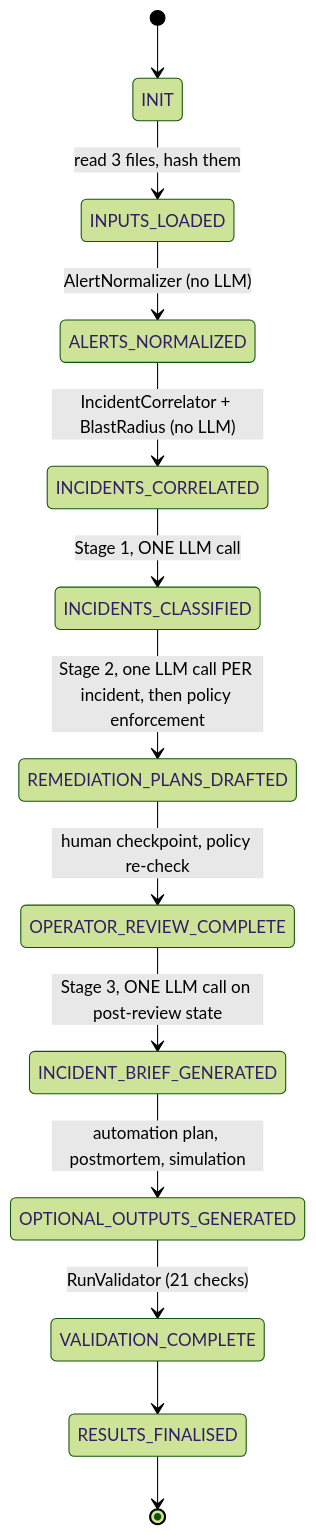
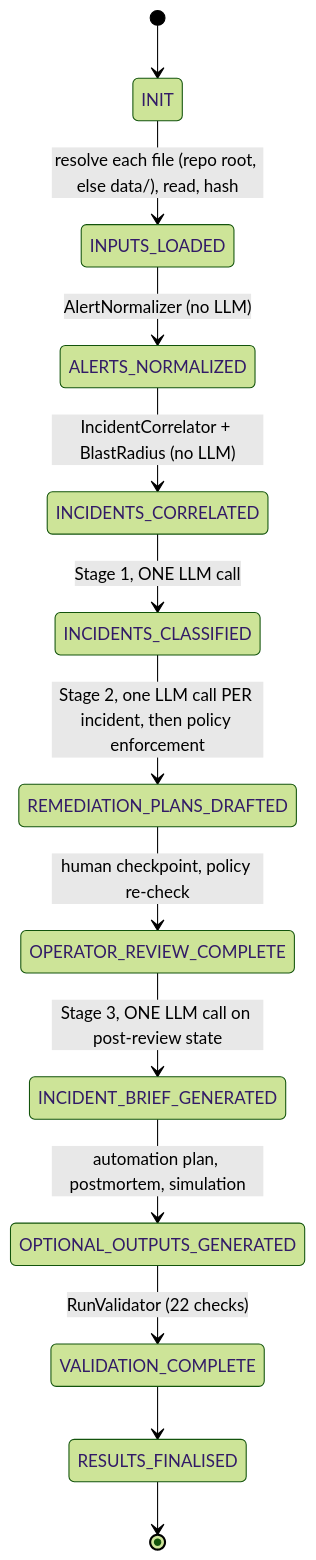
One commit to srikanthkakumanu/deriv-irp changed the third of 8 diagrams in docs/IMPLEMENTATION_SPEC.md. Above: the diagram before and after it, drawn with Mermaid (forest theme). The commit also changed other lines of this file and 19 other files, not shown here.

````diff
--- a/docs/IMPLEMENTATION_SPEC.md
+++ b/docs/IMPLEMENTATION_SPEC.md
@@ -195,15 +197,15 @@
 ```mermaid
 stateDiagram-v2
     [*] --> INIT
-    INIT --> INPUTS_LOADED: read 3 files, hash them
+    INIT --> INPUTS_LOADED: resolve each file (repo root, else data/), read, hash
     INPUTS_LOADED --> ALERTS_NORMALIZED: AlertNormalizer (no LLM)
     ALERTS_NORMALIZED --> INCIDENTS_CORRELATED: IncidentCorrelator + BlastRadius (no LLM)
     INCIDENTS_CORRELATED --> INCIDENTS_CLASSIFIED: Stage 1, ONE LLM call
     INCIDENTS_CLASSIFIED --> REMEDIATION_PLANS_DRAFTED: Stage 2, one LLM call PER incident, then policy enforcement
     REMEDIATION_PLANS_DRAFTED --> OPERATOR_REVIEW_COMPLETE: human checkpoint, policy re-check
     OPERATOR_REVIEW_COMPLETE --> INCIDENT_BRIEF_GENERATED: Stage 3, ONE LLM call on post-review state
     INCIDENT_BRIEF_GENERATED --> OPTIONAL_OUTPUTS_GENERATED: automation plan, postmortem, simulation
-    OPTIONAL_OUTPUTS_GENERATED --> VALIDATION_COMPLETE: RunValidator (21 checks)
+    OPTIONAL_OUTPUTS_GENERATED --> VALIDATION_COMPLETE: RunValidator (22 checks)
     VALIDATION_COMPLETE --> RESULTS_FINALISED
     RESULTS_FINALISED --> [*]
 ```
````
